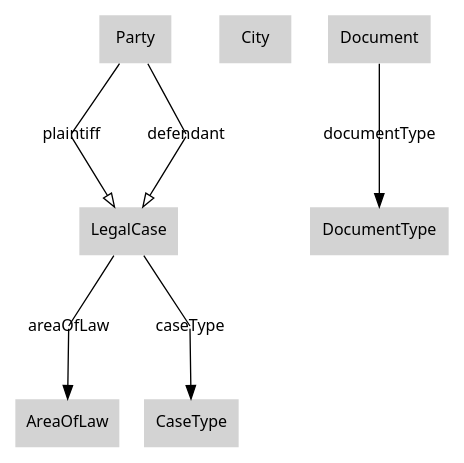
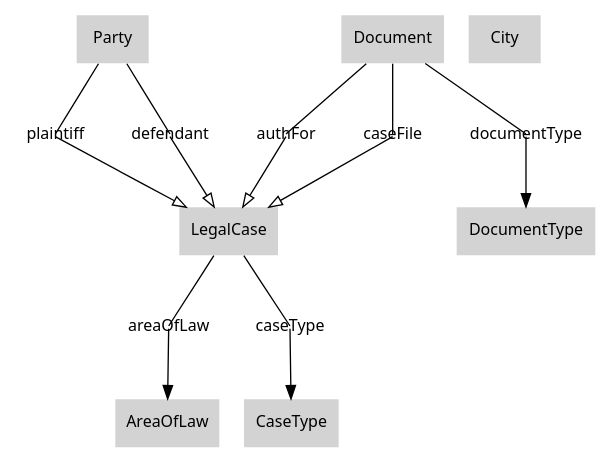
Before and after one commit to AmpersandTarski/ampersand-models: the diagram in VIRO/fsVIRO/PatCaseRegistration.dot, drawn with Graphviz. The commit also changed 59 other files, not shown here.

```diff
--- a/VIRO/fsVIRO/PatCaseRegistration.dot
+++ b/VIRO/fsVIRO/PatCaseRegistration.dot
@@ -1,25 +1,31 @@
 digraph CaseRegistration {
 graph [overlap=false];
 cpt_1 [fontsize=12, fontname=Sans, label=Party, shape=plaintext, style=filled, URL="Atlas.php?content=Concept&User=&Script=fsVIROENG.adl&Concept=(.fsVIROENG.adl)Party"];
 cpt_2 [fontsize=12, fontname=Sans, label=LegalCase, shape=plaintext, style=filled, URL="Atlas.php?content=Concept&User=&Script=fsVIROENG.adl&Concept=(.fsVIROENG.adl)LegalCase"];
-cpt_3 [fontsize=12, fontname=Sans, label=City, shape=plaintext, style=filled, URL="Atlas.php?content=Concept&User=&Script=fsVIROENG.adl&Concept=(.fsVIROENG.adl)City"];
-cpt_4 [fontsize=12, fontname=Sans, label=Document, shape=plaintext, style=filled, URL="Atlas.php?content=Concept&User=&Script=fsVIROENG.adl&Concept=(.fsVIROENG.adl)Document"];
+cpt_3 [fontsize=12, fontname=Sans, label=Document, shape=plaintext, style=filled, URL="Atlas.php?content=Concept&User=&Script=fsVIROENG.adl&Concept=(.fsVIROENG.adl)Document"];
+cpt_4 [fontsize=12, fontname=Sans, label=City, shape=plaintext, style=filled, URL="Atlas.php?content=Concept&User=&Script=fsVIROENG.adl&Concept=(.fsVIROENG.adl)City"];
 cpt_5 [fontsize=12, fontname=Sans, label=AreaOfLaw, shape=plaintext, style=filled, URL="Atlas.php?content=Concept&User=&Script=fsVIROENG.adl&Concept=(.fsVIROENG.adl)AreaOfLaw"];
 cpt_6 [fontsize=12, fontname=Sans, label=DocumentType, shape=plaintext, style=filled, URL="Atlas.php?content=Concept&User=&Script=fsVIROENG.adl&Concept=(.fsVIROENG.adl)DocumentType"];
 cpt_7 [fontsize=12, fontname=Sans, label=CaseType, shape=plaintext, style=filled, URL="Atlas.php?content=Concept&User=&Script=fsVIROENG.adl&Concept=(.fsVIROENG.adl)CaseType"];
 relName_1 [fontsize=12, fontname=Sans, label=plaintiff, shape=plaintext, bgcolor=white, URL="Atlas.php?content=Relatiedetails&User=&Script=fsVIROENG.adl&Relatiedetails=(.fsVIROENG.adl)plaintiff[Party*LegalCase]"];
 relName_2 [fontsize=12, fontname=Sans, label=defendant, shape=plaintext, bgcolor=white, URL="Atlas.php?content=Relatiedetails&User=&Script=fsVIROENG.adl&Relatiedetails=(.fsVIROENG.adl)defendant[Party*LegalCase]"];
-relName_3 [fontsize=12, fontname=Sans, label=areaOfLaw, shape=plaintext, bgcolor=white, URL="Atlas.php?content=Relatiedetails&User=&Script=fsVIROENG.adl&Relatiedetails=(.fsVIROENG.adl)areaOfLaw[LegalCase*AreaOfLaw]"];
-relName_4 [fontsize=12, fontname=Sans, label=documentType, shape=plaintext, bgcolor=white, URL="Atlas.php?content=Relatiedetails&User=&Script=fsVIROENG.adl&Relatiedetails=(.fsVIROENG.adl)documentType[Document*DocumentType]"];
-relName_5 [fontsize=12, fontname=Sans, label=caseType, shape=plaintext, bgcolor=white, URL="Atlas.php?content=Relatiedetails&User=&Script=fsVIROENG.adl&Relatiedetails=(.fsVIROENG.adl)caseType[LegalCase*CaseType]"];
+relName_3 [fontsize=12, fontname=Sans, label=authFor, shape=plaintext, bgcolor=white, URL="Atlas.php?content=Relatiedetails&User=&Script=fsVIROENG.adl&Relatiedetails=(.fsVIROENG.adl)authFor[Document*LegalCase]"];
+relName_4 [fontsize=12, fontname=Sans, label=caseFile, shape=plaintext, bgcolor=white, URL="Atlas.php?content=Relatiedetails&User=&Script=fsVIROENG.adl&Relatiedetails=(.fsVIROENG.adl)caseFile[Document*LegalCase]"];
+relName_5 [fontsize=12, fontname=Sans, label=areaOfLaw, shape=plaintext, bgcolor=white, URL="Atlas.php?content=Relatiedetails&User=&Script=fsVIROENG.adl&Relatiedetails=(.fsVIROENG.adl)areaOfLaw[LegalCase*AreaOfLaw]"];
+relName_6 [fontsize=12, fontname=Sans, label=documentType, shape=plaintext, bgcolor=white, URL="Atlas.php?content=Relatiedetails&User=&Script=fsVIROENG.adl&Relatiedetails=(.fsVIROENG.adl)documentType[Document*DocumentType]"];
+relName_7 [fontsize=12, fontname=Sans, label=caseType, shape=plaintext, bgcolor=white, URL="Atlas.php?content=Relatiedetails&User=&Script=fsVIROENG.adl&Relatiedetails=(.fsVIROENG.adl)caseType[LegalCase*CaseType]"];
 cpt_1 -> relName_1 [len=1.2, arrowhead=none, arrowtail=none, headclip=false, dir=both];
 relName_1 -> cpt_2 [len=1.2, arrowhead=onormal, arrowtail=none, tailclip=false];
 cpt_1 -> relName_2 [len=1.2, arrowhead=none, arrowtail=none, headclip=false, dir=both];
 relName_2 -> cpt_2 [len=1.2, arrowhead=onormal, arrowtail=none, tailclip=false];
-cpt_2 -> relName_3 [len=1.2, arrowhead=none, arrowtail=none, headclip=false, dir=both];
-relName_3 -> cpt_5 [len=1.2, arrowhead=normal, arrowtail=none, tailclip=false];
-cpt_4 -> relName_4 [len=1.2, arrowhead=none, arrowtail=none, headclip=false, dir=both];
-relName_4 -> cpt_6 [len=1.2, arrowhead=normal, arrowtail=none, tailclip=false];
+cpt_3 -> relName_3 [len=1.2, arrowhead=none, arrowtail=none, headclip=false, dir=both];
+relName_3 -> cpt_2 [len=1.2, arrowhead=onormal, arrowtail=none, tailclip=false];
+cpt_3 -> relName_4 [len=1.2, arrowhead=none, arrowtail=none, headclip=false, dir=both];
+relName_4 -> cpt_2 [len=1.2, arrowhead=onormal, arrowtail=none, tailclip=false];
 cpt_2 -> relName_5 [len=1.2, arrowhead=none, arrowtail=none, headclip=false, dir=both];
-relName_5 -> cpt_7 [len=1.2, arrowhead=normal, arrowtail=none, tailclip=false];
+relName_5 -> cpt_5 [len=1.2, arrowhead=normal, arrowtail=none, tailclip=false];
+cpt_3 -> relName_6 [len=1.2, arrowhead=none, arrowtail=none, headclip=false, dir=both];
+relName_6 -> cpt_6 [len=1.2, arrowhead=normal, arrowtail=none, tailclip=false];
+cpt_2 -> relName_7 [len=1.2, arrowhead=none, arrowtail=none, headclip=false, dir=both];
+relName_7 -> cpt_7 [len=1.2, arrowhead=normal, arrowtail=none, tailclip=false];
 }
```
